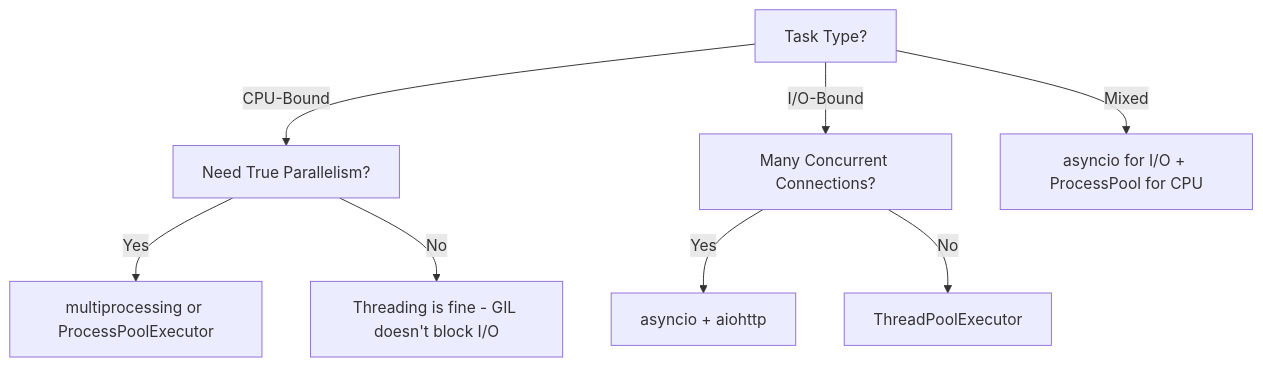
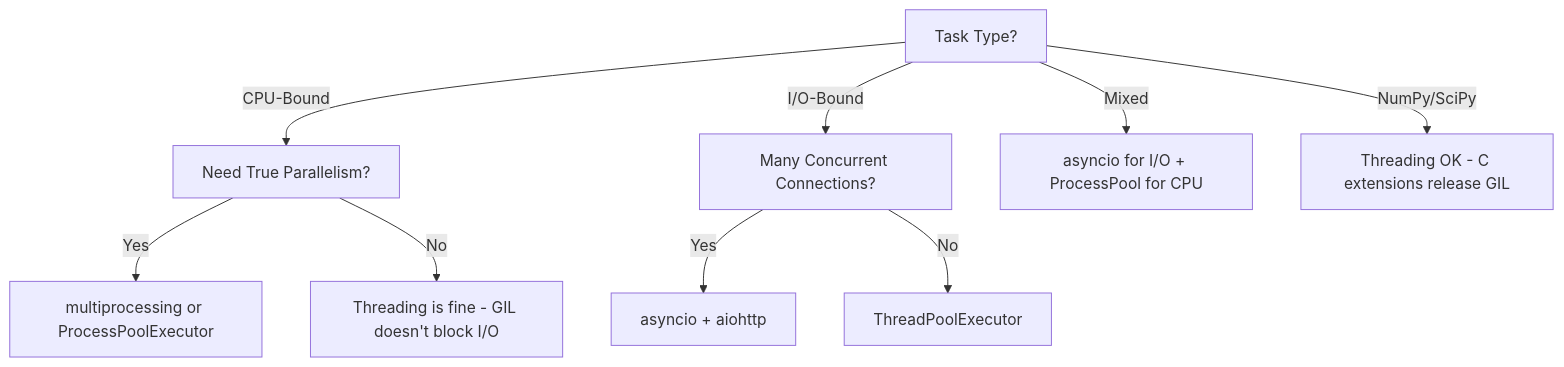
One commit to vanos001/placement_prep changed the second of 2 diagrams in src/languages/python/gil.md. Above: the diagram before and after it, drawn with Mermaid. The commit also changed other lines of this file and 8 other files, not shown here.

````diff
--- a/src/languages/python/gil.md
+++ b/src/languages/python/gil.md
@@ -346,10 +403,11 @@
 ```mermaid
 flowchart TD
     A[Task Type?] -->|CPU-Bound| B[Need True Parallelism?]
     A -->|I/O-Bound| C[Many Concurrent Connections?]
     B -->|Yes| D[multiprocessing or ProcessPoolExecutor]
     B -->|No| E[Threading is fine - GIL doesn't block I/O]
     C -->|Yes| F[asyncio + aiohttp]
     C -->|No| G[ThreadPoolExecutor]
     A -->|Mixed| H[asyncio for I/O + ProcessPool for CPU]
+    A -->|"NumPy/SciPy"| I[Threading OK - C extensions release GIL]
 ```
````
